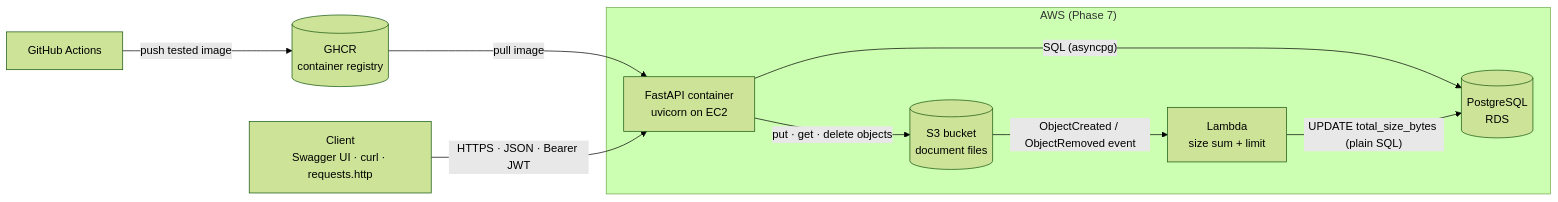
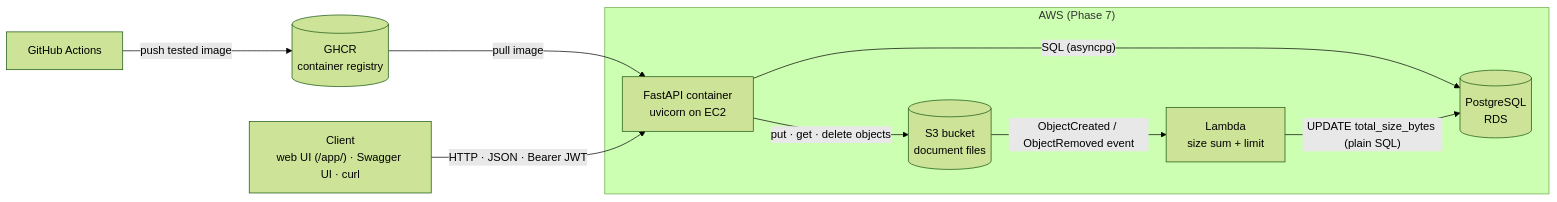
Before and after one commit to szegenytamas/Project-Management-Dashboard: the first of 7 diagrams in docs/architecture.md, drawn with Mermaid (forest theme). The commit also changed other lines of this file and 5 other files, not shown here.

Commit message:
docs: document the web UI and correct the client protocol in the architecture diagram

````diff
--- a/docs/architecture.md
+++ b/docs/architecture.md
@@ -10,17 +10,17 @@
 ```mermaid
 flowchart LR
-    client["Client<br/>Swagger UI · curl · requests.http"]
+    client["Client<br/>web UI (/app/) · Swagger UI · curl"]
     subgraph aws["AWS (Phase 7)"]
         api["FastAPI container<br/>uvicorn on EC2"]
         db[("PostgreSQL<br/>RDS")]
         s3[("S3 bucket<br/>document files")]
         lambda["Lambda<br/>size sum + limit"]
     end
     ci["GitHub Actions"] -->|push tested image| ghcr[("GHCR<br/>container registry")]
     ghcr -->|pull image| api
-    client -->|"HTTPS · JSON · Bearer JWT"| api
+    client -->|"HTTP · JSON · Bearer JWT"| api
     api -->|"SQL (asyncpg)"| db
     api -->|"put · get · delete objects"| s3
     s3 -->|ObjectCreated / ObjectRemoved event| lambda
     lambda -->|"UPDATE total_size_bytes (plain SQL)"| db
 ```
````
